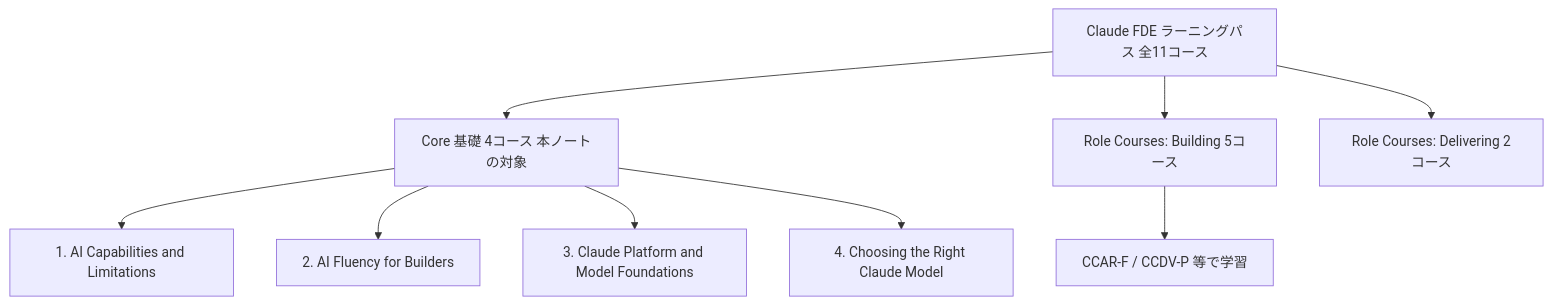
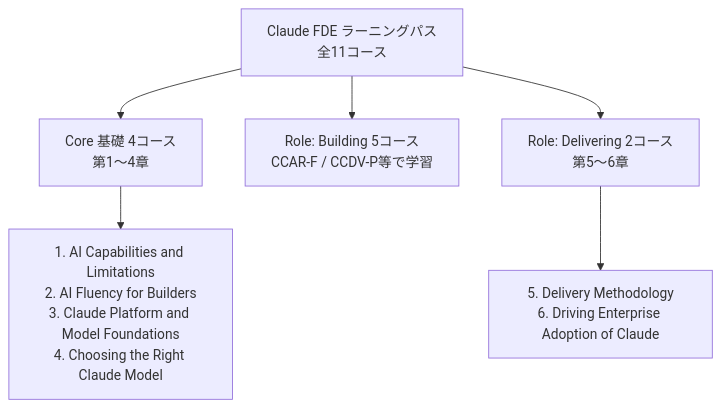
One commit to RIN-POKO/Studying_CertificationExams changed the first of 2 diagrams in C-FDE勉強/C-FDE勉強_原本/README.md. Above: the diagram before and after it, drawn with Mermaid. The commit also changed other lines of this file and 6 other files, not shown here.

Commit message:
Update C-FDE notes (CCAR-F theme, option line breaks, Delivering chapters, compact intro diagram)

````diff
--- a/C-FDE勉強/C-FDE勉強_原本/README.md
+++ b/C-FDE勉強/C-FDE勉強_原本/README.md
@@ -13,11 +13,8 @@
 ```mermaid
 flowchart TD
-  P[Claude FDE ラーニングパス 全11コース] --> C[Core 基礎 4コース 本ノートの対象]
-  P --> R1[Role Courses: Building 5コース]
-  P --> R2[Role Courses: Delivering 2コース]
-  C --> C1[1. AI Capabilities and Limitations]
-  C --> C2[2. AI Fluency for Builders]
-  C --> C3[3. Claude Platform and Model Foundations]
-  C --> C4[4. Choosing the Right Claude Model]
-  R1 --> REF1[CCAR-F / CCDV-P 等で学習]
+  P[Claude FDE ラーニングパス<br>全11コース] --> C[Core 基礎 4コース<br>第1〜4章]
+  P --> R1[Role: Building 5コース<br>CCAR-F / CCDV-P等で学習]
+  P --> R2[Role: Delivering 2コース<br>第5〜6章]
+  C --> C_LIST[1. AI Capabilities and Limitations<br>2. AI Fluency for Builders<br>3. Claude Platform and Model Foundations<br>4. Choosing the Right Claude Model]
+  R2 --> D_LIST[5. Delivery Methodology<br>6. Driving Enterprise Adoption of Claude]
 ```
````
